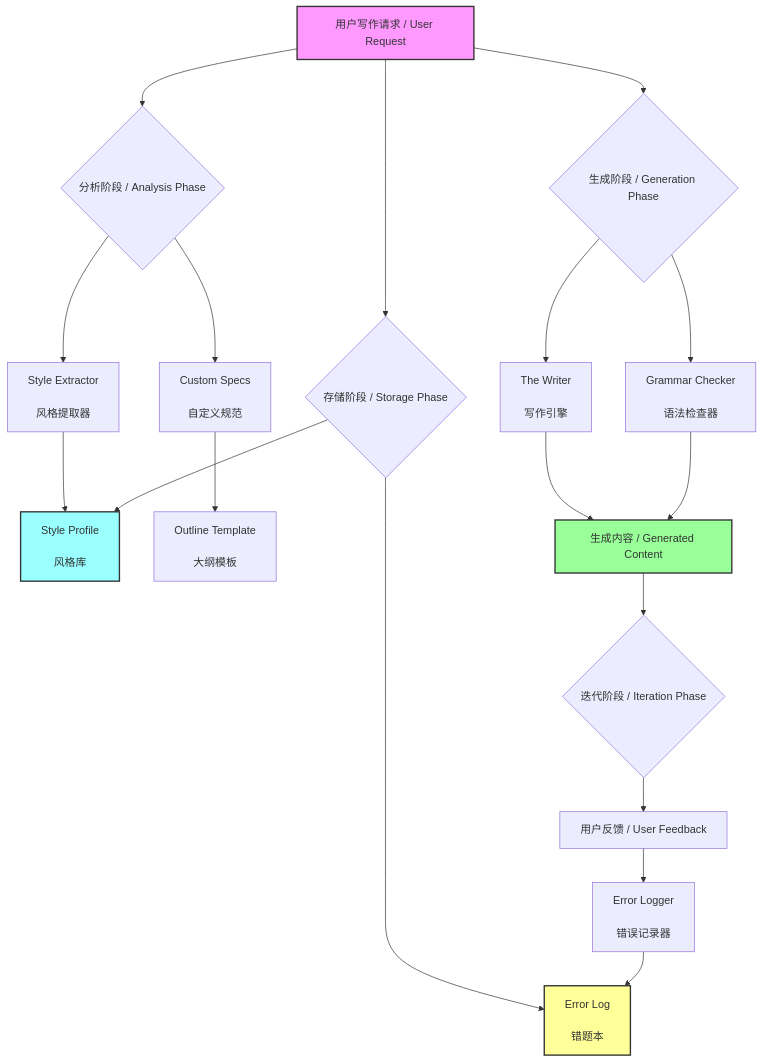
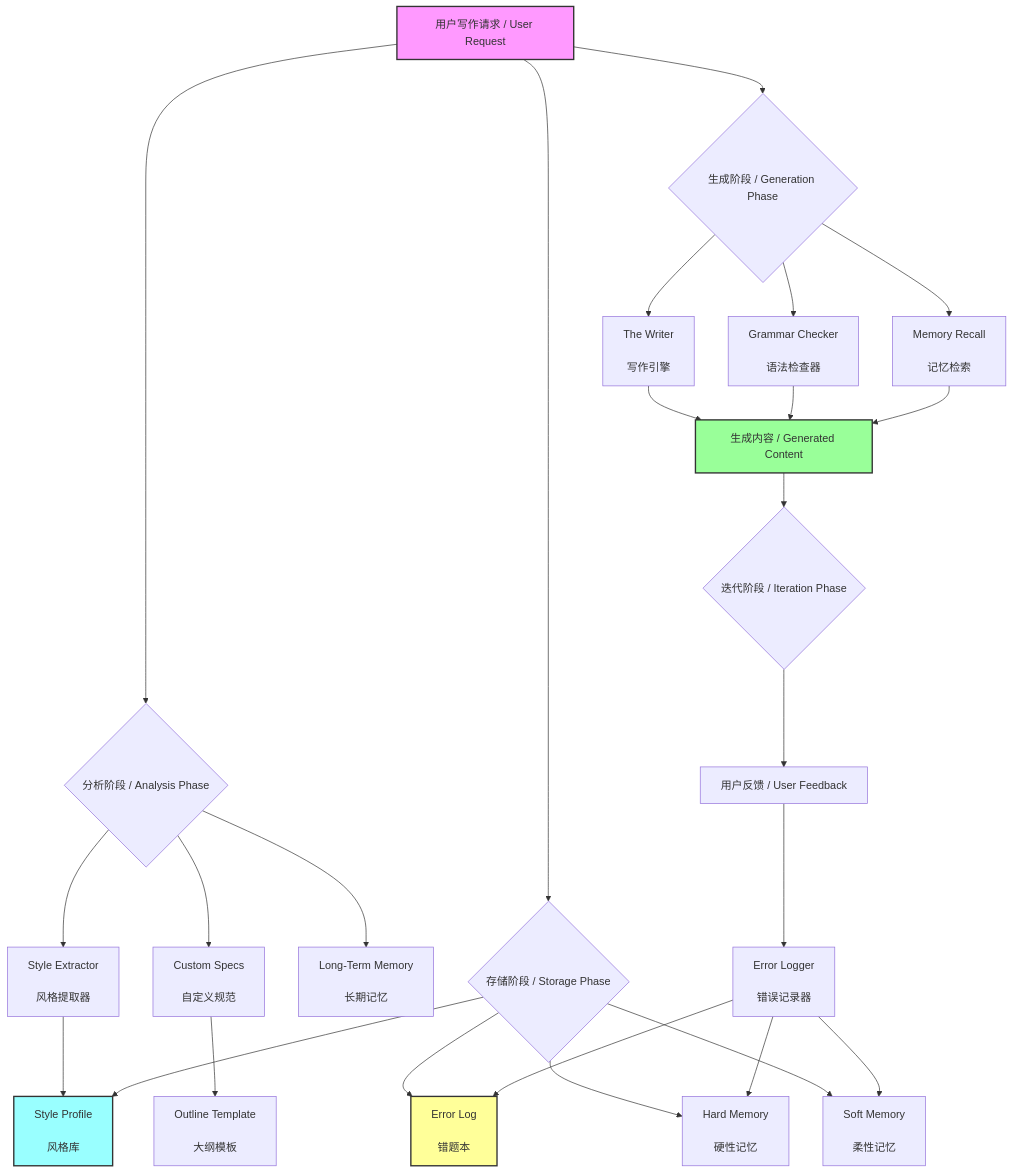
Before and after one commit to donghuixin/AI-Vibe-Writing-Skills: the diagram in README.md, drawn with Mermaid. The commit also changed other lines of this file and 6 other files, not shown here.

Commit message:
Add long-term memory (hard/soft) and update prompts and README

````diff
--- a/README.md
+++ b/README.md
@@ -99,38 +118,49 @@
 ```mermaid
 graph TD
     A[用户写作请求 / User Request] --> B{分析阶段 / Analysis Phase}
     B --> C[Style Extractor
     <br />风格提取器]
     B --> D[Custom Specs
     <br />自定义规范]
+    B --> P[Long-Term Memory
+    <br />长期记忆]
     
     C --> E[Style Profile
     <br />风格库]
     D --> F[Outline Template
     <br />大纲模板]
     
     A --> G{存储阶段 / Storage Phase}
     G --> E
     G --> H[Error Log
     <br />错题本]
+    G --> Q[Hard Memory
+    <br />硬性记忆]
+    G --> R[Soft Memory
+    <br />柔性记忆]
     
     A --> I{生成阶段 / Generation Phase}
     I --> J[The Writer
     <br />写作引擎]
     I --> K[Grammar Checker
     <br />语法检查器]
+    I --> S[Memory Recall
+    <br />记忆检索]
     
     J --> L[生成内容 / Generated Content]
     K --> L
+    S --> L
     
     L --> M{迭代阶段 / Iteration Phase}
     M --> N[用户反馈 / User Feedback]
     N --> O[Error Logger
     <br />错误记录器]
     O --> H
+    O --> Q
+    O --> R
     
     style A fill:#f9f,stroke:#333,stroke-width:2px
     style L fill:#9f9,stroke:#333,stroke-width:2px
     style H fill:#ff9,stroke:#333,stroke-width:2px
     style E fill:#9ff,stroke:#333,stroke-width:2px
 ```
````
